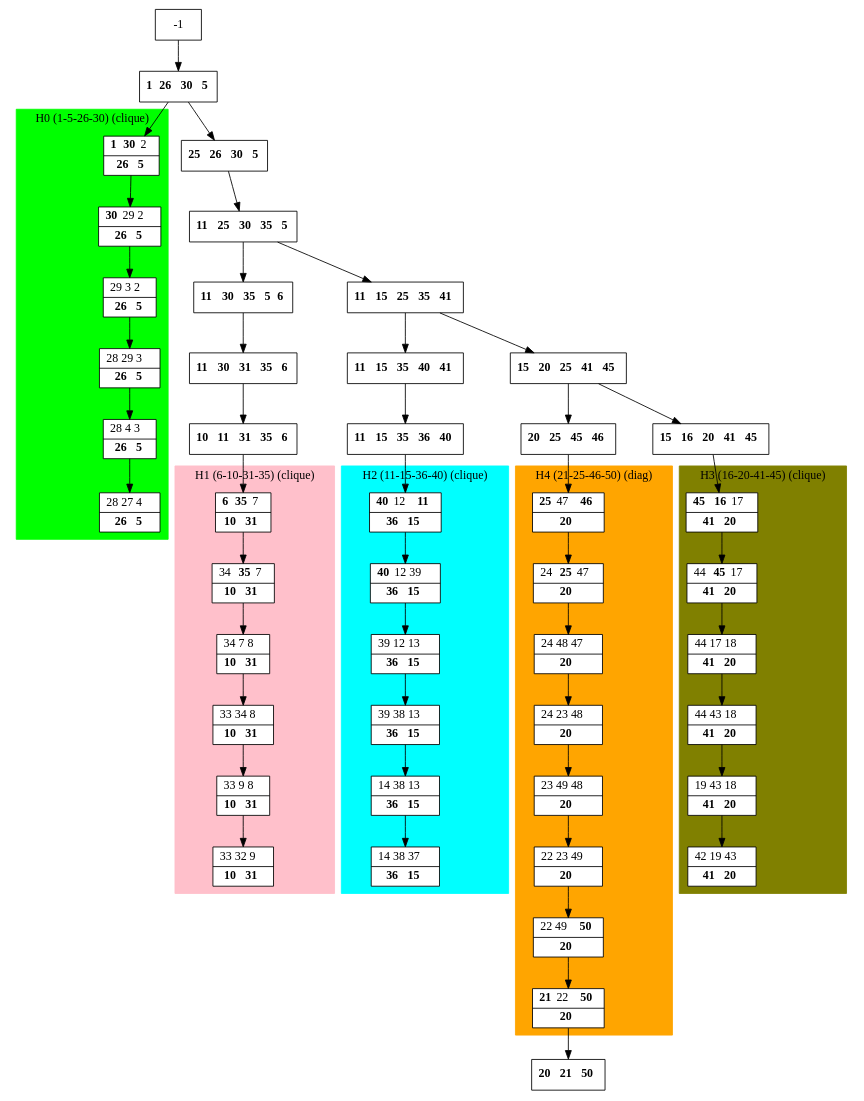
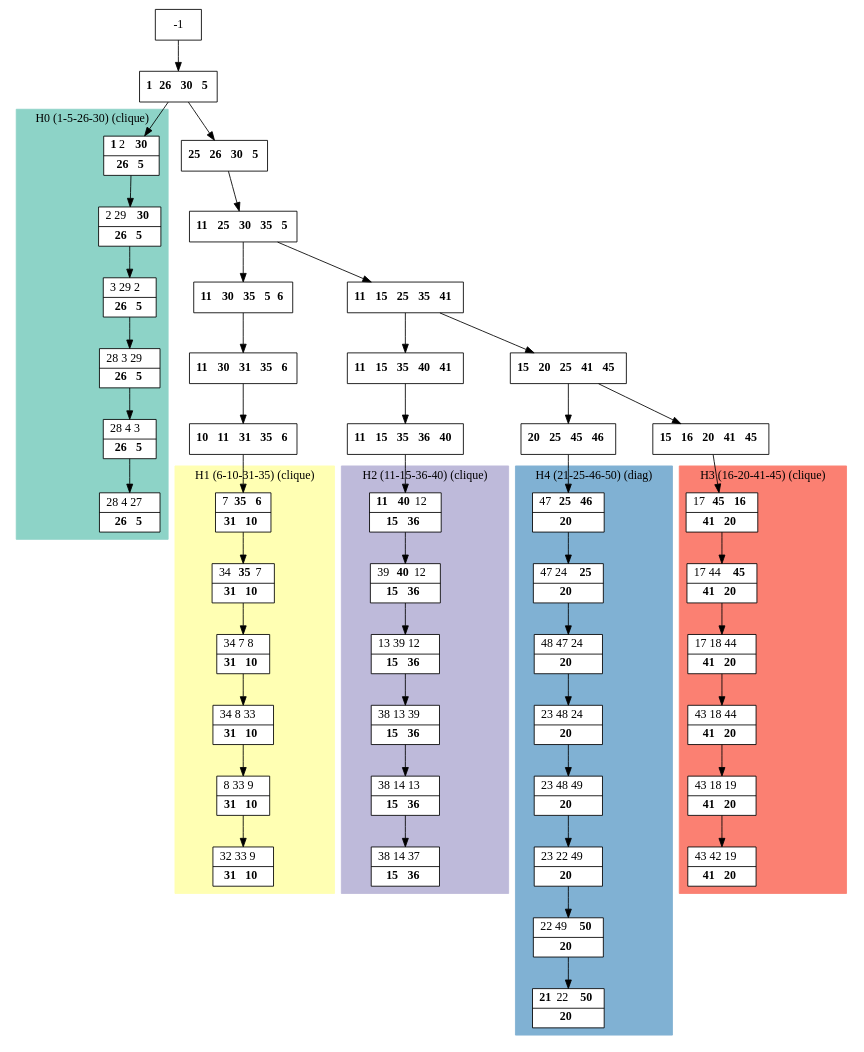
The diagram in results/dot_files/processed_K5.dot (bmarchand/auto-dp), drawn with Graphviz before and after one commit. The commit also changed 93 other files, not shown here.

```diff
--- a/results/dot_files/processed_K5.dot
+++ b/results/dot_files/processed_K5.dot
@@ -1,106 +1,104 @@
 digraph G {
     node [shape=box];
     subgraph cluster0 {
         node [style=filled,fillcolor=white];
         labeljust="l";
         style=filled;
-        color=lime;
+        color="#8DD3C7";
         H0_0 -> H0_1 -> H0_2 -> H0_3 -> H0_4 -> H0_5;
         label="H0 (1-5-26-30) (clique)";
     }
     subgraph cluster1 {
         node [style=filled,fillcolor=white];
         labeljust="l";
         style=filled;
-        color=pink;
+        color="#FFFFB3";
         H1_0 -> H1_1 -> H1_2 -> H1_3 -> H1_4 -> H1_5;
         label="H1 (6-10-31-35) (clique)";
     }
     subgraph cluster2 {
         node [style=filled,fillcolor=white];
         labeljust="l";
         style=filled;
-        color=cyan;
+        color="#BEBADA";
         H2_0 -> H2_1 -> H2_2 -> H2_3 -> H2_4 -> H2_5;
         label="H2 (11-15-36-40) (clique)";
     }
     subgraph cluster3 {
         node [style=filled,fillcolor=white];
         labeljust="l";
         style=filled;
-        color=olive;
+        color="#FB8072";
         H3_0 -> H3_1 -> H3_2 -> H3_3 -> H3_4 -> H3_5;
         label="H3 (16-20-41-45) (clique)";
     }
     subgraph cluster4 {
         node [style=filled,fillcolor=white];
         labeljust="l";
         style=filled;
-        color=orange;
+        color="#80B1D3";
         H4_7 -> H4_6 -> H4_5 -> H4_4 -> H4_3 -> H4_2 -> H4_1 -> H4_0;
         label="H4 (21-25-46-50) (diag)";
     }
      1 [shape=record,label= <{ <b>1</b> <b>26</b> <b>30</b> <b>5</b>}> ];
      -1  ->  1;
-     H0_0 [shape=record,label= <{ <b>1</b> <b>30</b> 2|  <b>26</b> <b>5</b>}> ];
+     H0_0 [shape=record,label= <{ <b>1</b> 2 <b>30</b>|  <b>26</b> <b>5</b>}> ];
      1  ->  H0_0;
-     H0_1 [shape=record,label= <{ <b>30</b> 29 2|  <b>26</b> <b>5</b>}> ];
-     H0_2 [shape=record,label= <{ 29 3 2|  <b>26</b> <b>5</b>}> ];
-     H0_3 [shape=record,label= <{ 28 29 3|  <b>26</b> <b>5</b>}> ];
+     H0_1 [shape=record,label= <{ 2 29 <b>30</b>|  <b>26</b> <b>5</b>}> ];
+     H0_2 [shape=record,label= <{ 3 29 2|  <b>26</b> <b>5</b>}> ];
+     H0_3 [shape=record,label= <{ 28 3 29|  <b>26</b> <b>5</b>}> ];
      H0_4 [shape=record,label= <{ 28 4 3|  <b>26</b> <b>5</b>}> ];
-     H0_5 [shape=record,label= <{ 28 27 4|  <b>26</b> <b>5</b>}> ];
+     H0_5 [shape=record,label= <{ 28 4 27|  <b>26</b> <b>5</b>}> ];
      37 [shape=record,label= <{ <b>25</b> <b>26</b> <b>30</b> <b>5</b>}> ];
      1  ->  37;
      18 [shape=record,label= <{ <b>11</b> <b>25</b> <b>30</b> <b>35</b> <b>5</b>}> ];
      37  ->  18;
      9 [shape=record,label= <{ <b>11</b> <b>30</b> <b>35</b> <b>5</b> <b>6</b>}> ];
      18  ->  9;
      10 [shape=record,label= <{ <b>11</b> <b>30</b> <b>31</b> <b>35</b> <b>6</b>}> ];
      9  ->  10;
      11 [shape=record,label= <{ <b>10</b> <b>11</b> <b>31</b> <b>35</b> <b>6</b>}> ];
      10  ->  11;
-     H1_0 [shape=record,label= <{ <b>6</b> <b>35</b> 7|  <b>10</b> <b>31</b>}> ];
+     H1_0 [shape=record,label= <{ 7 <b>35</b> <b>6</b>|  <b>31</b> <b>10</b>}> ];
      11  ->  H1_0;
-     H1_1 [shape=record,label= <{ 34 <b>35</b> 7|  <b>10</b> <b>31</b>}> ];
-     H1_2 [shape=record,label= <{ 34 7 8|  <b>10</b> <b>31</b>}> ];
-     H1_3 [shape=record,label= <{ 33 34 8|  <b>10</b> <b>31</b>}> ];
-     H1_4 [shape=record,label= <{ 33 9 8|  <b>10</b> <b>31</b>}> ];
-     H1_5 [shape=record,label= <{ 33 32 9|  <b>10</b> <b>31</b>}> ];
+     H1_1 [shape=record,label= <{ 34 <b>35</b> 7|  <b>31</b> <b>10</b>}> ];
+     H1_2 [shape=record,label= <{ 34 7 8|  <b>31</b> <b>10</b>}> ];
+     H1_3 [shape=record,label= <{ 34 8 33|  <b>31</b> <b>10</b>}> ];
+     H1_4 [shape=record,label= <{ 8 33 9|  <b>31</b> <b>10</b>}> ];
+     H1_5 [shape=record,label= <{ 32 33 9|  <b>31</b> <b>10</b>}> ];
      19 [shape=record,label= <{ <b>11</b> <b>15</b> <b>25</b> <b>35</b> <b>41</b>}> ];
      18  ->  19;
      20 [shape=record,label= <{ <b>11</b> <b>15</b> <b>35</b> <b>40</b> <b>41</b>}> ];
      19  ->  20;
      21 [shape=record,label= <{ <b>11</b> <b>15</b> <b>35</b> <b>36</b> <b>40</b>}> ];
      20  ->  21;
-     H2_0 [shape=record,label= <{ <b>40</b> 12 <b>11</b>|  <b>36</b> <b>15</b>}> ];
+     H2_0 [shape=record,label= <{ <b>11</b> <b>40</b> 12|  <b>15</b> <b>36</b>}> ];
      21  ->  H2_0;
-     H2_1 [shape=record,label= <{ <b>40</b> 12 39|  <b>36</b> <b>15</b>}> ];
-     H2_2 [shape=record,label= <{ 39 12 13|  <b>36</b> <b>15</b>}> ];
-     H2_3 [shape=record,label= <{ 39 38 13|  <b>36</b> <b>15</b>}> ];
-     H2_4 [shape=record,label= <{ 14 38 13|  <b>36</b> <b>15</b>}> ];
-     H2_5 [shape=record,label= <{ 14 38 37|  <b>36</b> <b>15</b>}> ];
+     H2_1 [shape=record,label= <{ 39 <b>40</b> 12|  <b>15</b> <b>36</b>}> ];
+     H2_2 [shape=record,label= <{ 13 39 12|  <b>15</b> <b>36</b>}> ];
+     H2_3 [shape=record,label= <{ 38 13 39|  <b>15</b> <b>36</b>}> ];
+     H2_4 [shape=record,label= <{ 38 14 13|  <b>15</b> <b>36</b>}> ];
+     H2_5 [shape=record,label= <{ 38 14 37|  <b>15</b> <b>36</b>}> ];
      28 [shape=record,label= <{ <b>15</b> <b>20</b> <b>25</b> <b>41</b> <b>45</b>}> ];
      19  ->  28;
      36 [shape=record,label= <{ <b>20</b> <b>25</b> <b>45</b> <b>46</b>}> ];
      28  ->  36;
-     H4_7 [shape=record,label= <{ <b>25</b> 47 <b>46</b>|  <b>20</b>}> ];
+     H4_7 [shape=record,label= <{ 47 <b>25</b> <b>46</b>|  <b>20</b>}> ];
      36  ->  H4_7;
-     H4_6 [shape=record,label= <{ 24 <b>25</b> 47|  <b>20</b>}> ];
-     H4_5 [shape=record,label= <{ 24 48 47|  <b>20</b>}> ];
-     H4_4 [shape=record,label= <{ 24 23 48|  <b>20</b>}> ];
-     H4_3 [shape=record,label= <{ 23 49 48|  <b>20</b>}> ];
-     H4_2 [shape=record,label= <{ 22 23 49|  <b>20</b>}> ];
+     H4_6 [shape=record,label= <{ 47 24 <b>25</b>|  <b>20</b>}> ];
+     H4_5 [shape=record,label= <{ 48 47 24|  <b>20</b>}> ];
+     H4_4 [shape=record,label= <{ 23 48 24|  <b>20</b>}> ];
+     H4_3 [shape=record,label= <{ 23 48 49|  <b>20</b>}> ];
+     H4_2 [shape=record,label= <{ 23 22 49|  <b>20</b>}> ];
      H4_1 [shape=record,label= <{ 22 49 <b>50</b>|  <b>20</b>}> ];
      H4_0 [shape=record,label= <{ <b>21</b> 22 <b>50</b>|  <b>20</b>}> ];
-     42 [shape=record,label= <{ <b>20</b> <b>21</b> <b>50</b>}> ];
-     H4_0  ->  42;
      30 [shape=record,label= <{ <b>15</b> <b>16</b> <b>20</b> <b>41</b> <b>45</b>}> ];
      28  ->  30;
-     H3_0 [shape=record,label= <{ <b>45</b> <b>16</b> 17|  <b>41</b> <b>20</b>}> ];
+     H3_0 [shape=record,label= <{ 17 <b>45</b> <b>16</b>|  <b>41</b> <b>20</b>}> ];
      30  ->  H3_0;
-     H3_1 [shape=record,label= <{ 44 <b>45</b> 17|  <b>41</b> <b>20</b>}> ];
-     H3_2 [shape=record,label= <{ 44 17 18|  <b>41</b> <b>20</b>}> ];
-     H3_3 [shape=record,label= <{ 44 43 18|  <b>41</b> <b>20</b>}> ];
-     H3_4 [shape=record,label= <{ 19 43 18|  <b>41</b> <b>20</b>}> ];
-     H3_5 [shape=record,label= <{ 42 19 43|  <b>41</b> <b>20</b>}> ];
+     H3_1 [shape=record,label= <{ 17 44 <b>45</b>|  <b>41</b> <b>20</b>}> ];
+     H3_2 [shape=record,label= <{ 17 18 44|  <b>41</b> <b>20</b>}> ];
+     H3_3 [shape=record,label= <{ 43 18 44|  <b>41</b> <b>20</b>}> ];
+     H3_4 [shape=record,label= <{ 43 18 19|  <b>41</b> <b>20</b>}> ];
+     H3_5 [shape=record,label= <{ 43 42 19|  <b>41</b> <b>20</b>}> ];
 }
```
